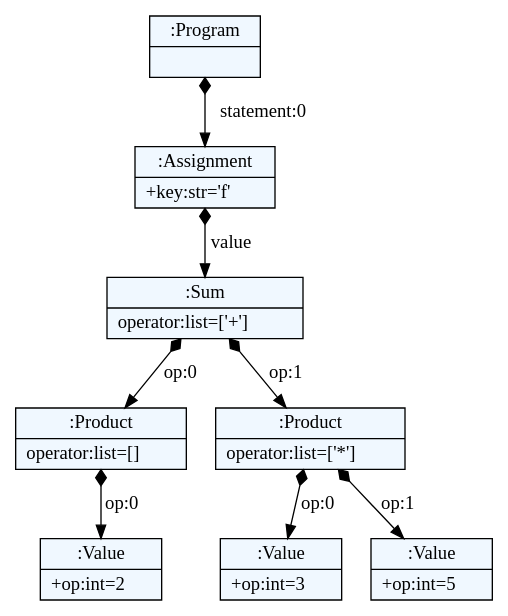
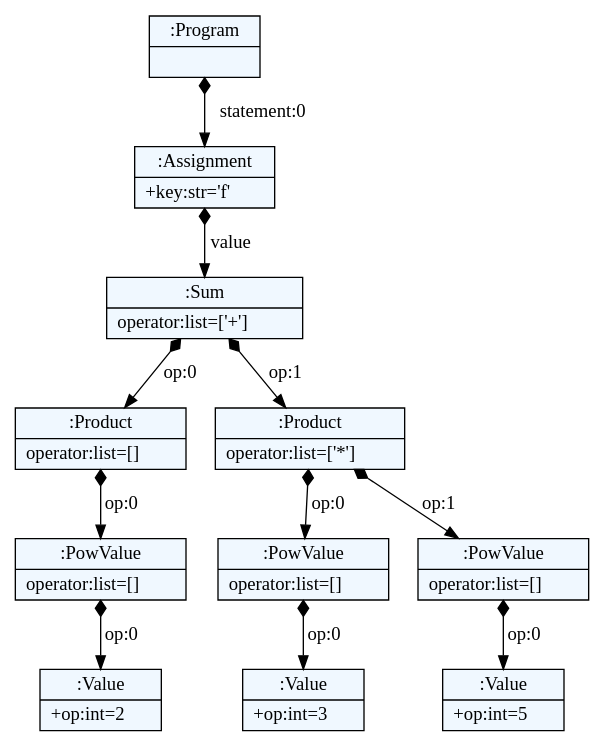
One commit to robinjack/dsl_for_data_analysis changed the diagram in examples/test_ae2.dot. Above: the diagram before and after it, drawn with Graphviz. The commit also changed 34 other files, not shown here.

```diff
--- a/examples/test_ae2.dot
+++ b/examples/test_ae2.dot
@@ -1,30 +1,36 @@
 
     digraph textX {
     fontname = "Bitstream Vera Sans"
     fontsize = 8
     node[
         shape=record,
         style=filled,
         fillcolor=aliceblue
     ]
     nodesep = 0.3
     edge[dir=black,arrowtail=empty]
 
 
-4604390672 -> 4604388432 [label="statement:0" arrowtail=diamond dir=both]
-4604388432 -> 4604470864 [label="value" arrowtail=diamond dir=both]
-4604470864 -> 4604471120 [label="op:0" arrowtail=diamond dir=both]
-4604471120 -> 4604470544 [label="op:0" arrowtail=diamond dir=both]
-4604470544[label="{:Value|+op:int=2\l}"]
-4604471120[label="{:Product|operator:list=[]\l}"]
-4604470864 -> 4604472464 [label="op:1" arrowtail=diamond dir=both]
-4604472464 -> 4604472400 [label="op:0" arrowtail=diamond dir=both]
-4604472400[label="{:Value|+op:int=3\l}"]
-4604472464 -> 4604470736 [label="op:1" arrowtail=diamond dir=both]
-4604470736[label="{:Value|+op:int=5\l}"]
-4604472464[label="{:Product|operator:list=['*']\l}"]
-4604470864[label="{:Sum|operator:list=['+']\l}"]
-4604388432[label="{:Assignment|+key:str='f'\l}"]
-4604390672[label="{:Program|}"]
+4579296208 -> 4579379920 [label="statement:0" arrowtail=diamond dir=both]
+4579379920 -> 4579465424 [label="value" arrowtail=diamond dir=both]
+4579465424 -> 4579465552 [label="op:0" arrowtail=diamond dir=both]
+4579465552 -> 4579465680 [label="op:0" arrowtail=diamond dir=both]
+4579465680 -> 4579465936 [label="op:0" arrowtail=diamond dir=both]
+4579465936[label="{:Value|+op:int=2\l}"]
+4579465680[label="{:PowValue|operator:list=[]\l}"]
+4579465552[label="{:Product|operator:list=[]\l}"]
+4579465424 -> 4579465808 [label="op:1" arrowtail=diamond dir=both]
+4579465808 -> 4579465744 [label="op:0" arrowtail=diamond dir=both]
+4579465744 -> 4579466064 [label="op:0" arrowtail=diamond dir=both]
+4579466064[label="{:Value|+op:int=3\l}"]
+4579465744[label="{:PowValue|operator:list=[]\l}"]
+4579465808 -> 4579466000 [label="op:1" arrowtail=diamond dir=both]
+4579466000 -> 4579466128 [label="op:0" arrowtail=diamond dir=both]
+4579466128[label="{:Value|+op:int=5\l}"]
+4579466000[label="{:PowValue|operator:list=[]\l}"]
+4579465808[label="{:Product|operator:list=['*']\l}"]
+4579465424[label="{:Sum|operator:list=['+']\l}"]
+4579379920[label="{:Assignment|+key:str='f'\l}"]
+4579296208[label="{:Program|}"]
 
 }
```
